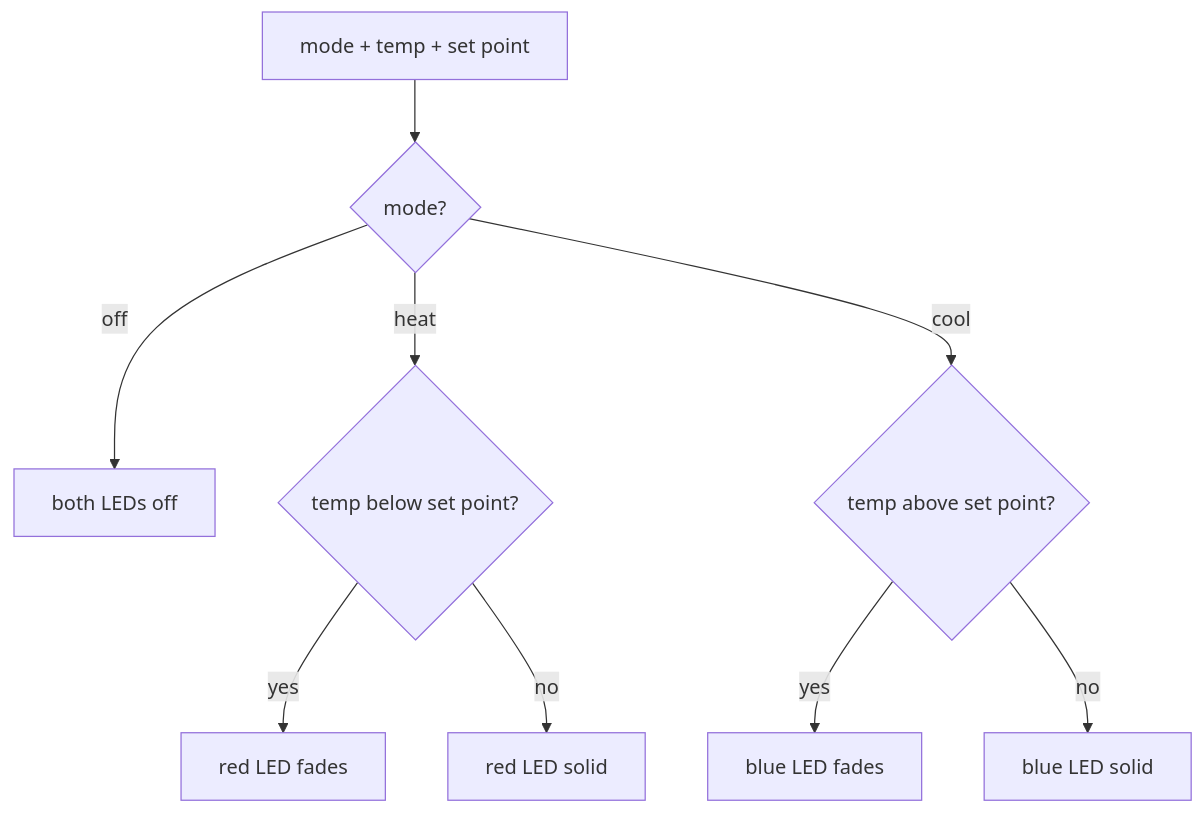
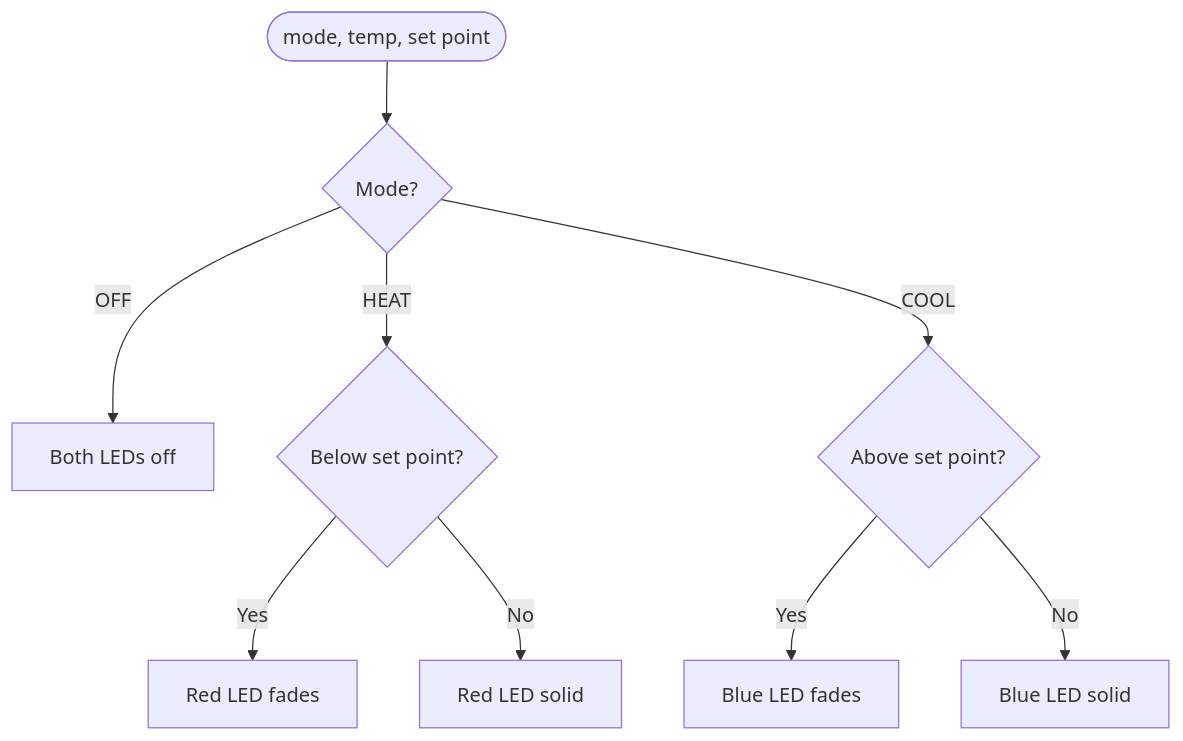
One commit to jguida941/CS-350-Emerging-Systems-Architectures changed the second of 3 diagrams in README.md. Above: the diagram before and after it, drawn with Mermaid. The commit also changed other lines of this file, not shown here.

````diff
--- a/README.md
+++ b/README.md
@@ -49,11 +52,13 @@
 ```mermaid
 flowchart TD
-    A[mode + temp + set point] --> B{mode?}
-    B -->|off| C[both LEDs off]
-    B -->|heat| D{temp below set point?}
-    B -->|cool| E{temp above set point?}
-    D -->|yes| F[red LED fades]
-    D -->|no| G[red LED solid]
-    E -->|yes| H[blue LED fades]
-    E -->|no| I[blue LED solid]
+    accTitle: LED behavior by mode
+    accDescr: When off both LEDs are off. In heat the red LED fades while below the set point and goes solid once reached. In cool the blue LED fades while above the set point and goes solid once reached.
+    A([mode, temp, set point]) --> B{Mode?}
+    B -->|OFF| C[Both LEDs off]
+    B -->|HEAT| D{Below set point?}
+    B -->|COOL| E{Above set point?}
+    D -->|Yes| F[Red LED fades]
+    D -->|No| G[Red LED solid]
+    E -->|Yes| H[Blue LED fades]
+    E -->|No| I[Blue LED solid]
 ```
````
